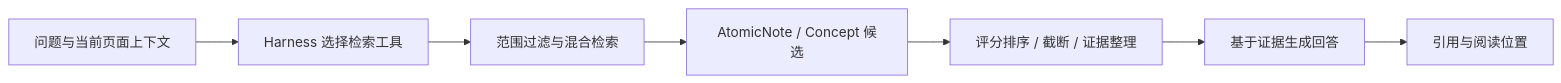
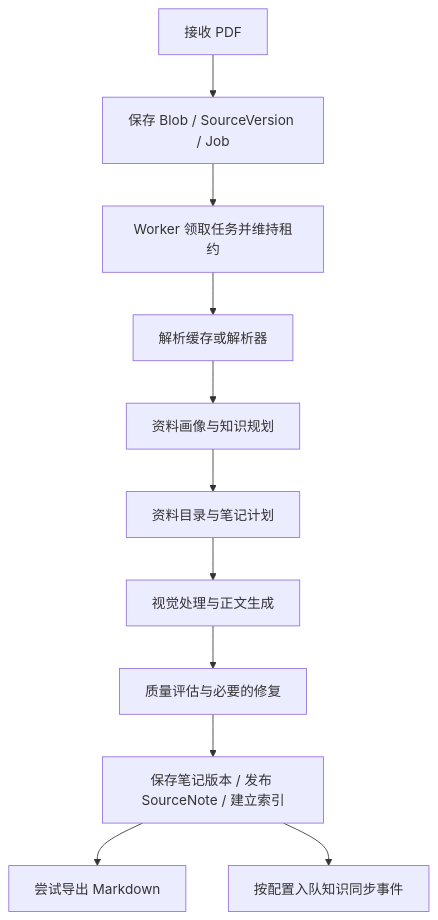
One commit to JaegerZhao/Noodle_Agent changed the second of 2 diagrams in docs/ARCHITECTURE.md. Above: the diagram before and after it, drawn with Mermaid. The commit also changed other lines of this file and 6 other files, not shown here.

Commit message:
docs: align architecture and operations with current implementation

````diff
--- a/docs/ARCHITECTURE.md
+++ b/docs/ARCHITECTURE.md
@@ -51,9 +34,13 @@
 ```mermaid
-flowchart LR
-    Q[问题与当前页面上下文] --> H[Harness 选择检索工具]
-    H --> S[范围过滤与混合检索]
-    S --> A[AtomicNote / Concept 候选]
-    A --> R[评分排序 / 截断 / 证据整理]
-    R --> G[基于证据生成回答]
-    G --> C[引用与阅读位置]
+flowchart TD
+    A[接收 PDF] --> B[保存 Blob / SourceVersion / Job]
+    B --> C[Worker 领取任务并维持租约]
+    C --> D[解析缓存或解析器]
+    D --> E[资料画像与知识规划]
+    E --> F[资料目录与笔记计划]
+    F --> G[视觉处理与正文生成]
+    G --> H[质量评估与必要的修复]
+    H --> I[保存笔记版本 / 发布 SourceNote / 建立索引]
+    I --> J[尝试导出 Markdown]
+    I --> K[按配置入队知识同步事件]
 ```
````
